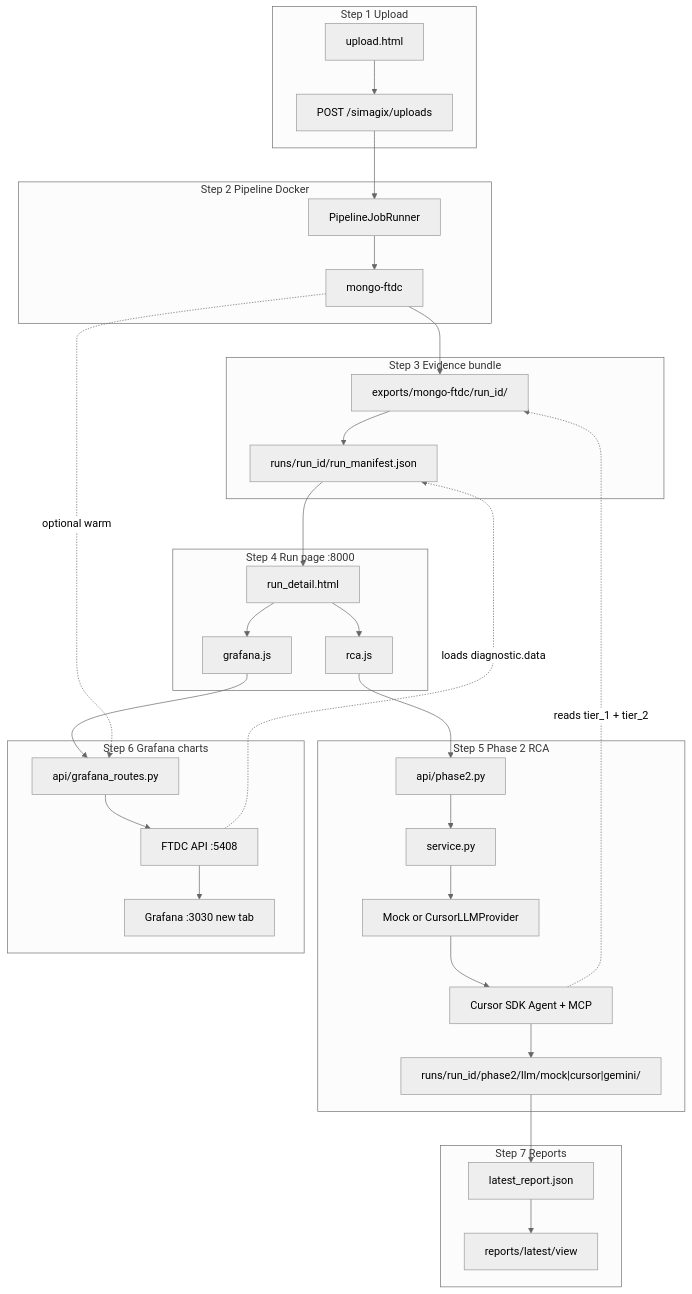
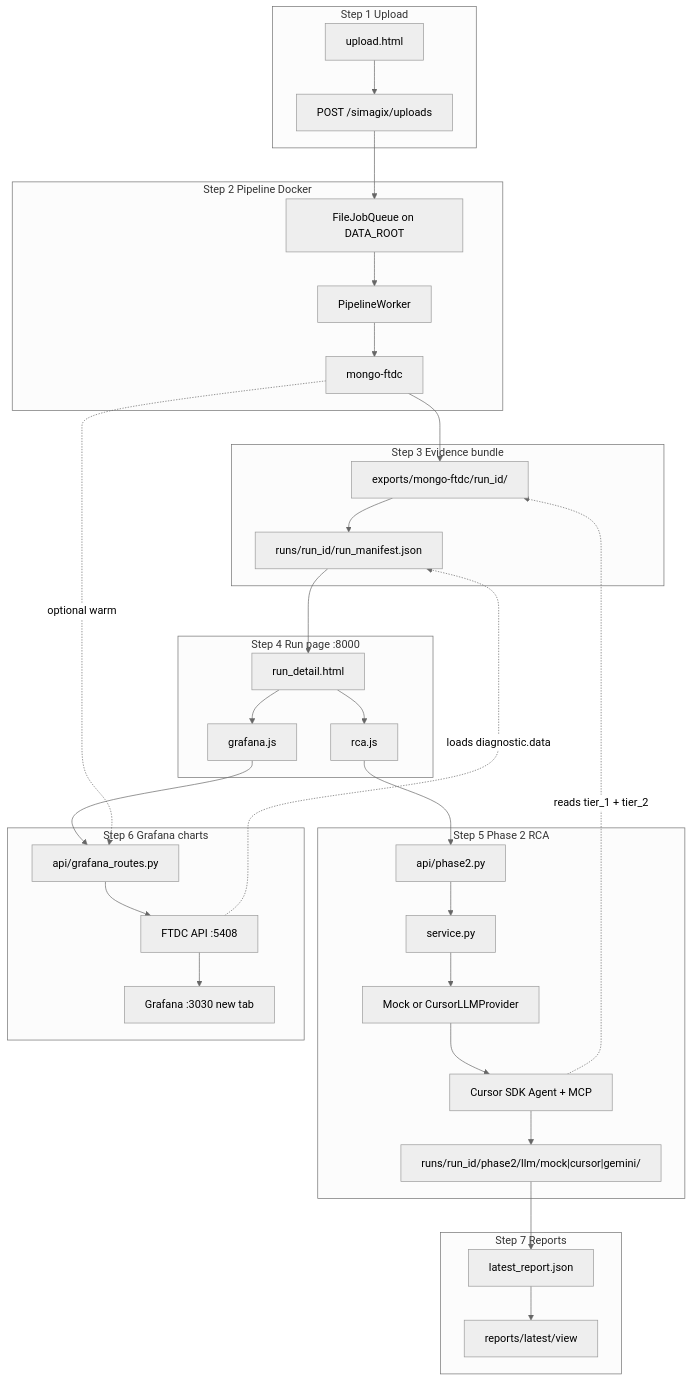
One commit to Prateek-Agarwal2006/Mongo-Debugger changed the first of 7 diagrams in docs/ARCHITECTURE.md. Above: the diagram before and after it, drawn with Mermaid (neutral theme). The commit also changed other lines of this file and 18 other files, not shown here.

First line of the commit message:
Add standalone pipeline worker with durable file queue.

````diff
--- a/docs/ARCHITECTURE.md
+++ b/docs/ARCHITECTURE.md
@@ -17,51 +17,52 @@
 ```mermaid
 flowchart TB
   subgraph step1 [Step 1 Upload]
     UploadUI["upload.html"]
     UploadAPI["POST /simagix/uploads"]
   end
 
   subgraph step2 [Step 2 Pipeline Docker]
-    Pipeline["PipelineJobRunner"]
+    Worker["PipelineWorker"]
+    Queue["FileJobQueue on DATA_ROOT"]
     MFTDC["mongo-ftdc"]
   end
 
   subgraph step3 [Step 3 Evidence bundle]
     Exports["exports/mongo-ftdc/run_id/"]
     RunManifest["runs/run_id/run_manifest.json"]
   end
 
   subgraph step4 [Step 4 Run page :8000]
     RunPage["run_detail.html"]
     RCAjs["rca.js"]
     Grafjs["grafana.js"]
   end
 
   subgraph step5 [Step 5 Phase 2 RCA]
     P2API["api/phase2.py"]
     Service["service.py"]
     Provider["Mock or CursorLLMProvider"]
     Agent["Cursor SDK Agent + MCP"]
     Phase2Disk["runs/run_id/phase2/llm/mock|cursor|gemini/"]
   end
 
   subgraph step6 [Step 6 Grafana charts]
     GrafAPI["api/grafana_routes.py"]
     FTDCapi["FTDC API :5408"]
     GrafanaUI["Grafana :3030 new tab"]
   end
 
   subgraph step7 [Step 7 Reports]
     ReportJSON["latest_report.json"]
     ReportHTML["reports/latest/view"]
   end
 
-  UploadUI --> UploadAPI --> Pipeline --> MFTDC --> Exports
+  UploadUI --> UploadAPI --> Queue --> Worker --> MFTDC --> Exports
   Exports --> RunManifest --> RunPage
   RunPage --> RCAjs --> P2API --> Service --> Provider --> Agent
   Agent --> Phase2Disk --> ReportJSON --> ReportHTML
   Agent -.->|"reads tier_1 + tier_2"| Exports
   RunPage --> Grafjs --> GrafAPI --> FTDCapi --> GrafanaUI
   FTDCapi -.->|"loads diagnostic.data"| RunManifest
   MFTDC -.->|"optional warm"| GrafAPI
 ```
````
